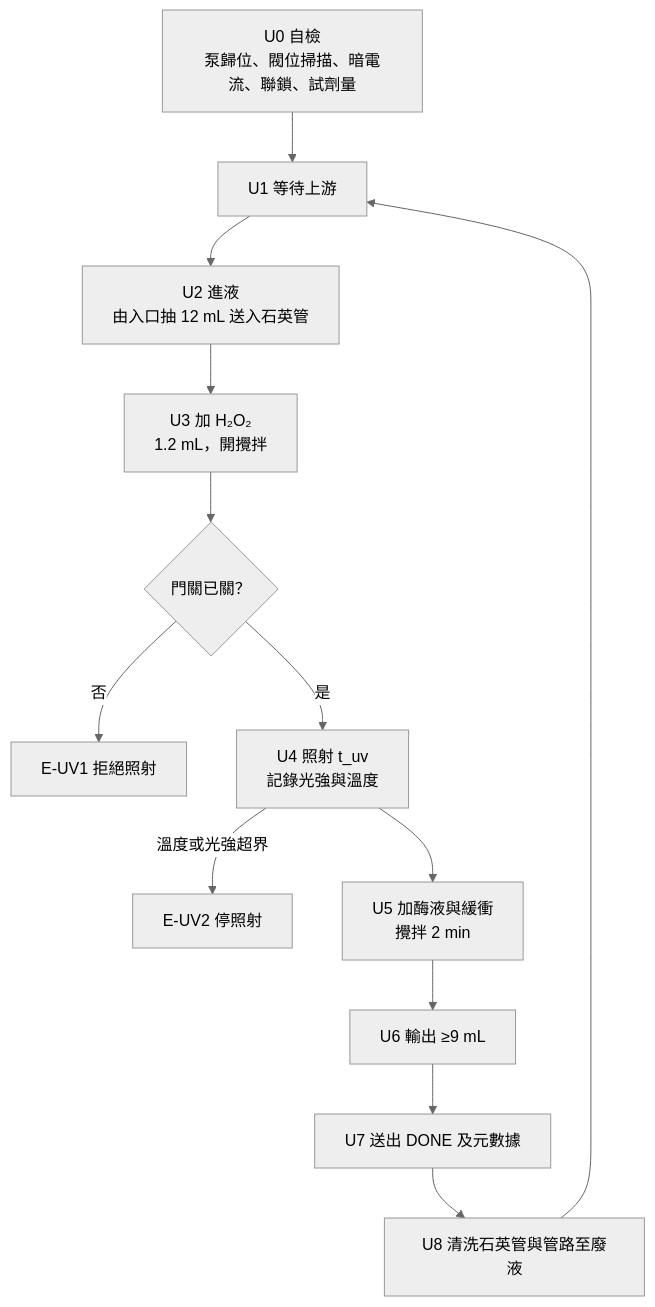
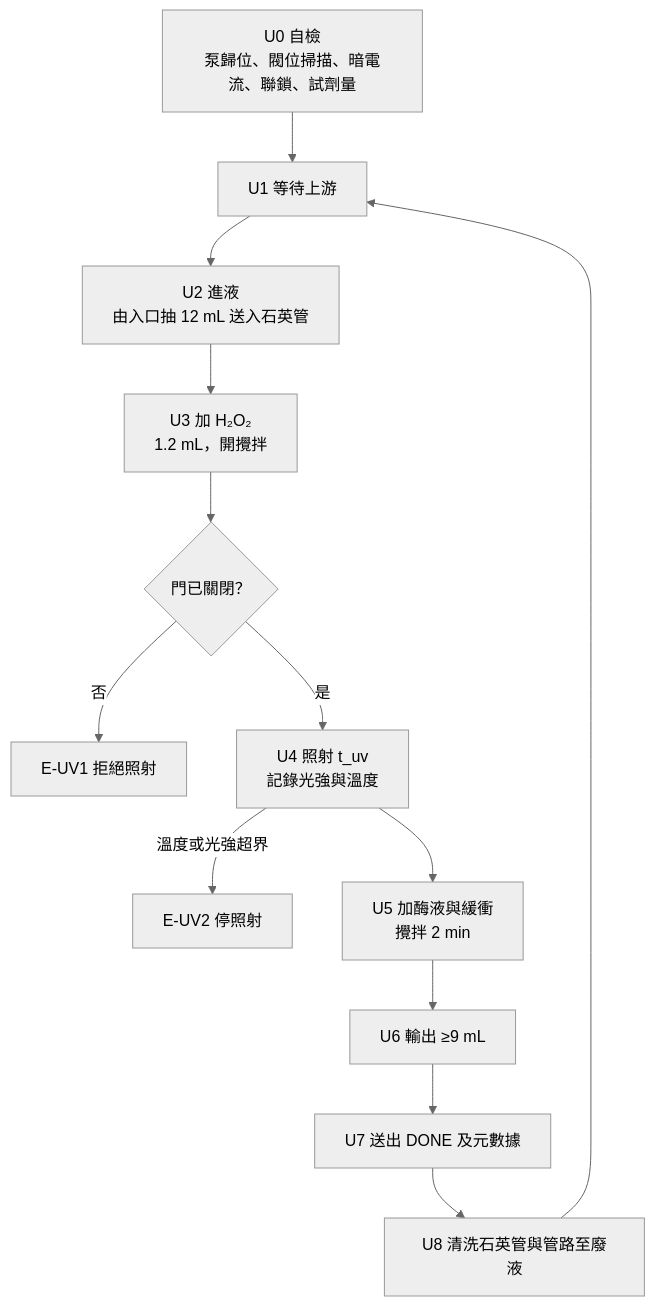
The third of 3 diagrams in docs/02-uv-aop-module.md (davidlueng986-alt/igem-mercury-extraction-platform), drawn with Mermaid (neutral theme) before and after one commit. The commit also changed other lines of this file and 2 other files, not shown here.

````diff
--- a/docs/02-uv-aop-module.md
+++ b/docs/02-uv-aop-module.md
@@ -179,15 +179,15 @@
 ```mermaid
 flowchart TD
   A[U0 自檢<br/>泵歸位、閥位掃描、暗電流、聯鎖、試劑量] --> B[U1 等待上游]
   B --> C[U2 進液<br/>由入口抽 12 mL 送入石英管]
   C --> D[U3 加 H₂O₂<br/>1.2 mL，開攪拌]
-  D --> E{門關已關？}
+  D --> E{門已關閉？}
   E -->|否| X1[E-UV1 拒絕照射]
   E -->|是| F[U4 照射 t_uv<br/>記錄光強與溫度]
   F -->|溫度或光強超界| X2[E-UV2 停照射]
   F --> G[U5 加酶液與緩衝<br/>攪拌 2 min]
   G --> H[U6 輸出 ≥9 mL]
   H --> I[U7 送出 DONE 及元數據]
   I --> J[U8 清洗石英管與管路至廢液]
   J --> B
 ```
````
